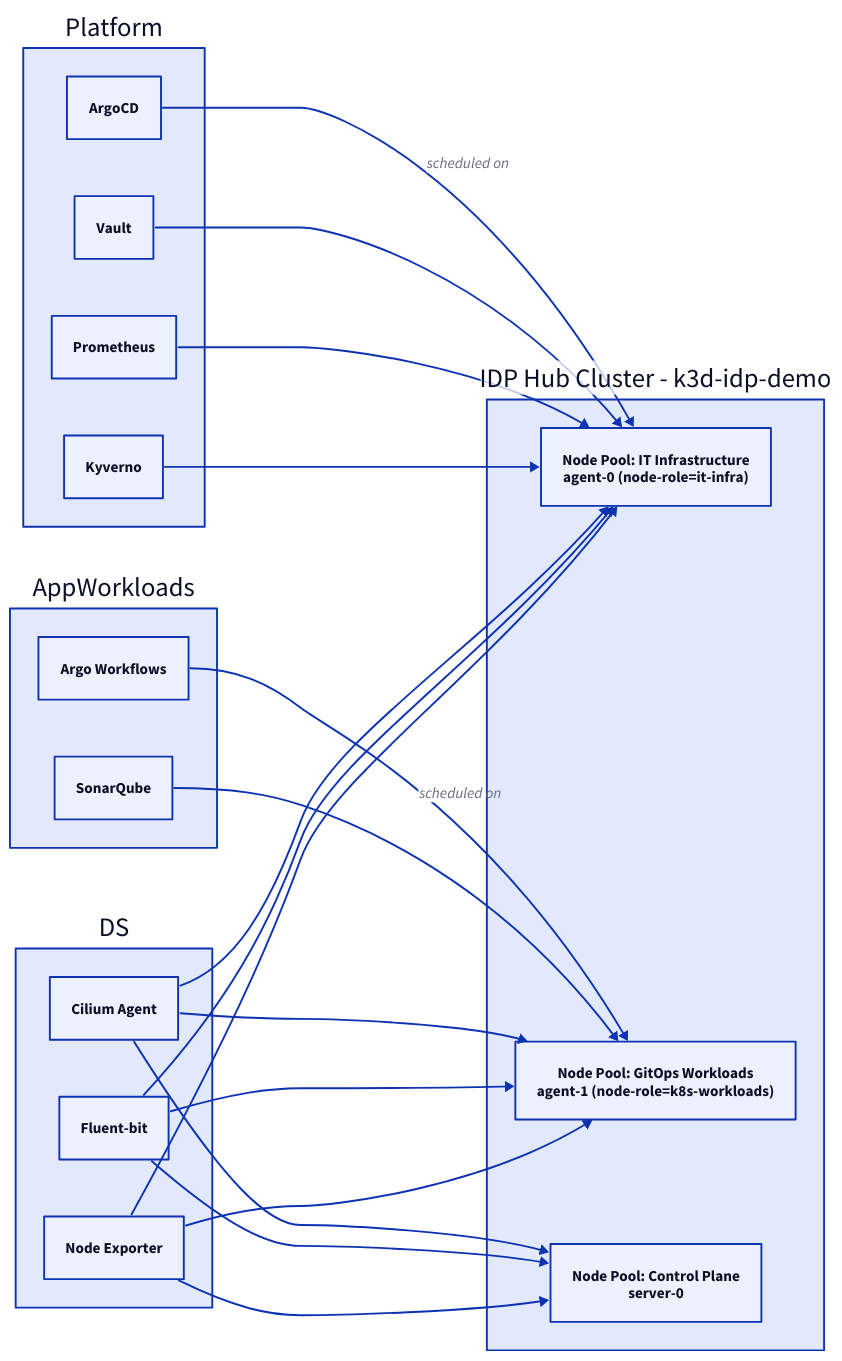
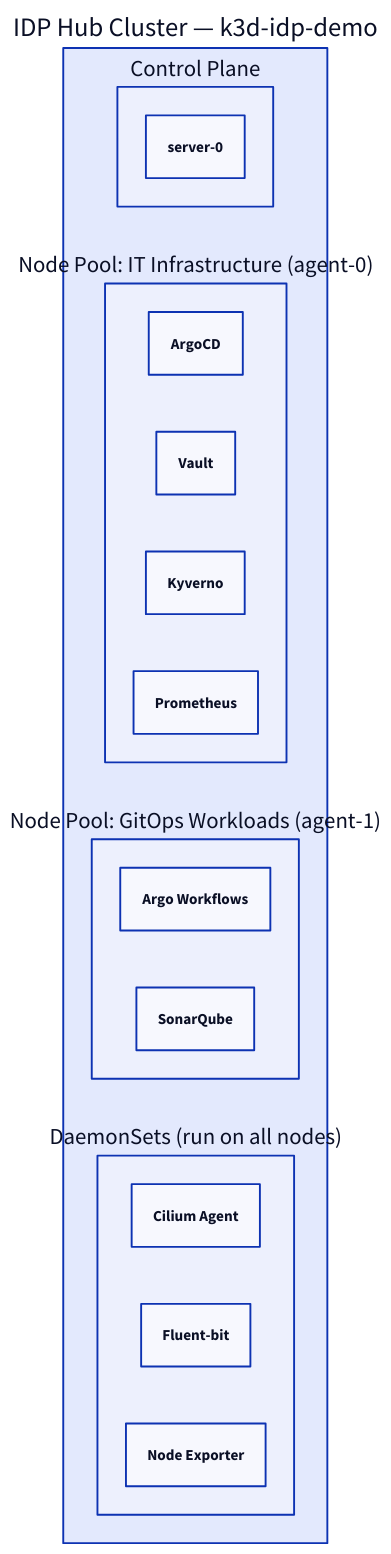
One commit to rou-cru/idp-blueprint changed the third of 10 diagrams in Docs/architecture/visual.md. Above: the diagram before and after it, drawn with D2. The commit also changed other lines of this file and 36 other files, not shown here.

````diff
--- a/Docs/architecture/visual.md
+++ b/Docs/architecture/visual.md
@@ -144,44 +144,33 @@
 ```d2
 direction: right
 
 Cluster: {
-  label: "IDP Hub Cluster - k3d-idp-demo"
-  Infra: "Node Pool: IT Infrastructure\nagent-0 (node-role=it-infra)"
-  Apps: "Node Pool: GitOps Workloads\nagent-1 (node-role=k8s-workloads)"
-  CP: "Node Pool: Control Plane\nserver-0"
+  label: "IDP Hub Cluster — k3d-idp-demo"
+
+  ControlPlane: {
+    label: "Control Plane"
+    node: "server-0"
+  }
+
+  InfraPool: {
+    label: "Node Pool: IT Infrastructure (agent-0)"
+    ArgoCD
+    Vault
+    Kyverno
+    Prometheus
+  }
+
+  WorkloadPool: {
+    label: "Node Pool: GitOps Workloads (agent-1)"
+    ArgoWorkflows: "Argo Workflows"
+    SonarQube
+  }
+
+  DaemonSets: {
+    label: "DaemonSets (run on all nodes)"
+    Cilium: "Cilium Agent"
+    FluentBit: "Fluent-bit"
+    NodeExporter: "Node Exporter"
+  }
 }
-
-Platform: {
-  Argo: ArgoCD
-  Vault: Vault
-  Prom: Prometheus
-  Kyv: Kyverno
-}
-
-AppWorkloads: {
-  Workflows: "Argo Workflows"
-  Sonar: SonarQube
-}
-
-DS: {
-  Cilium: "Cilium Agent"
-  Fluent: "Fluent-bit"
-  NodeExp: "Node Exporter"
-}
-
-Platform.Argo -> Cluster.Infra: "scheduled on"
-Platform.Vault -> Cluster.Infra
-Platform.Prom -> Cluster.Infra
-Platform.Kyv -> Cluster.Infra
-AppWorkloads.Workflows -> Cluster.Apps: "scheduled on"
-AppWorkloads.Sonar -> Cluster.Apps
-DS.Cilium -> Cluster.CP
-DS.Cilium -> Cluster.Infra
-DS.Cilium -> Cluster.Apps
-DS.Fluent -> Cluster.CP
-DS.Fluent -> Cluster.Infra
-DS.Fluent -> Cluster.Apps
-DS.NodeExp -> Cluster.CP
-DS.NodeExp -> Cluster.Infra
-DS.NodeExp -> Cluster.Apps
 ```
````
